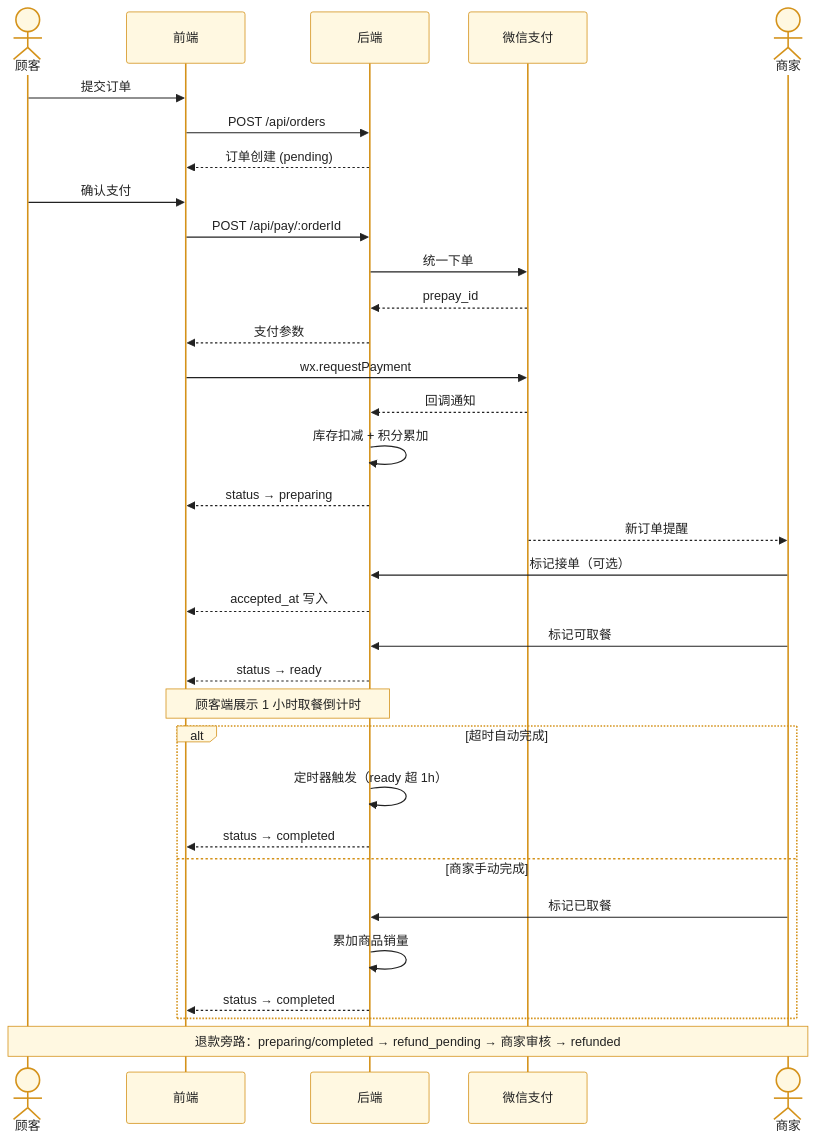
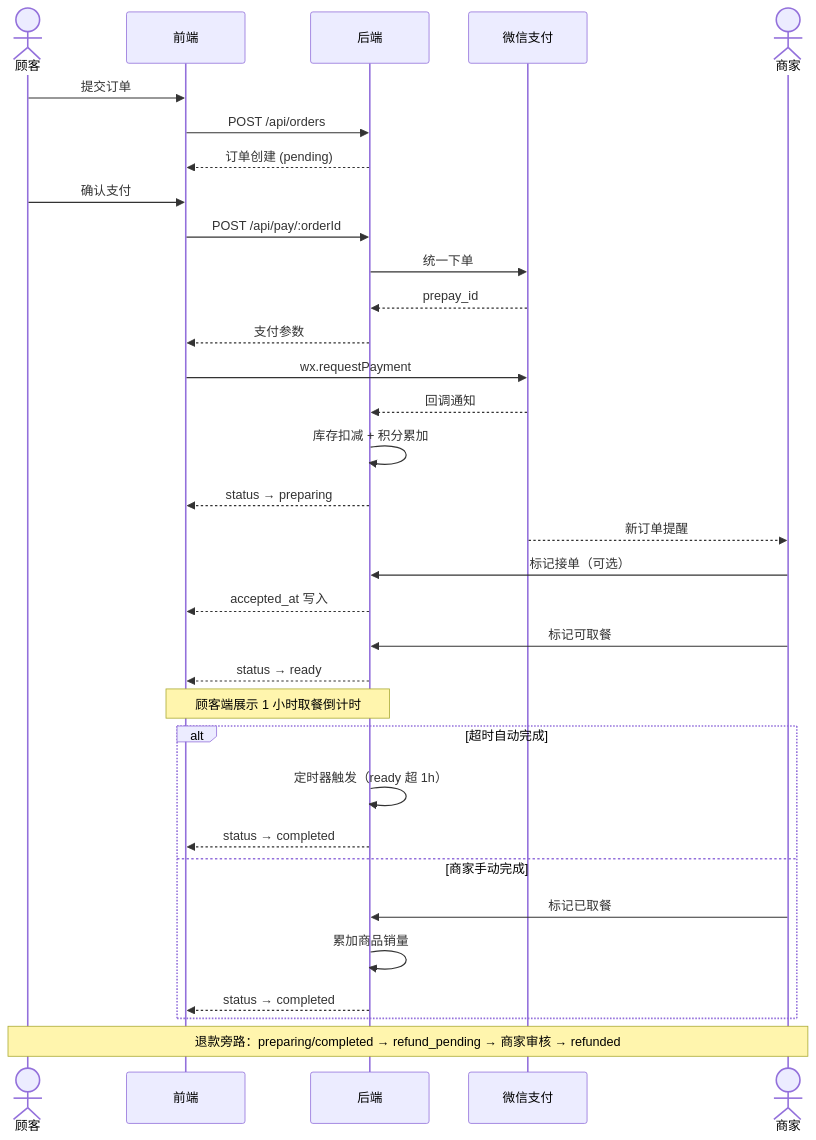
The third of 4 diagrams in README.md (zip-Wu/tasty_bakery), drawn with Mermaid before and after one commit. The commit also changed other lines of this file, not shown here.

Commit message:
docs: 删除Mermaid自定义主题 — 彻底解决深浅色模式对比度不兼容问题

````diff
--- a/README.md
+++ b/README.md
@@ -144,43 +142,42 @@
 ```mermaid
-%%{init: {'theme': 'base', 'themeVariables': { 'primaryColor': '#fff8e1', 'primaryTextColor': '#222', 'primaryBorderColor': '#d4921a', 'lineColor': '#d4921a', 'secondaryColor': '#ffeb99', 'tertiaryColor': '#fff8e1', 'textColor': '#222', 'actorBkg': '#fff8e1', 'actorTextColor': '#222', 'actorBorder': '#d4921a', 'signalColor': '#222', 'noteBkgColor': '#fff8e1', 'noteTextColor': '#222', 'noteBorderColor': '#d4921a'}}}%%
 sequenceDiagram
     actor 顾客
     participant 前端
     participant 后端
     participant 微信支付
     actor 商家
 
     顾客->>前端: 提交订单
     前端->>后端: POST /api/orders
     后端-->>前端: 订单创建 (pending)
 
     顾客->>前端: 确认支付
     前端->>后端: POST /api/pay/:orderId
     后端->>微信支付: 统一下单
     微信支付-->>后端: prepay_id
     后端-->>前端: 支付参数
     前端->>微信支付: wx.requestPayment
     微信支付-->>后端: 回调通知
     后端->>后端: 库存扣减 + 积分累加
     后端-->>前端: status → preparing
 
     微信支付-->>商家: 新订单提醒
     商家->>后端: 标记接单（可选）
     后端-->>前端: accepted_at 写入
 
     商家->>后端: 标记可取餐
     后端-->>前端: status → ready
 
     Note over 前端,后端: 顾客端展示 1 小时取餐倒计时
 
     alt 超时自动完成
         后端->>后端: 定时器触发（ready 超 1h）
         后端-->>前端: status → completed
     else 商家手动完成
         商家->>后端: 标记已取餐
         后端->>后端: 累加商品销量
         后端-->>前端: status → completed
     end
 
     Note over 顾客,商家: 退款旁路：preparing/completed → refund_pending → 商家审核 → refunded
 ```
````
